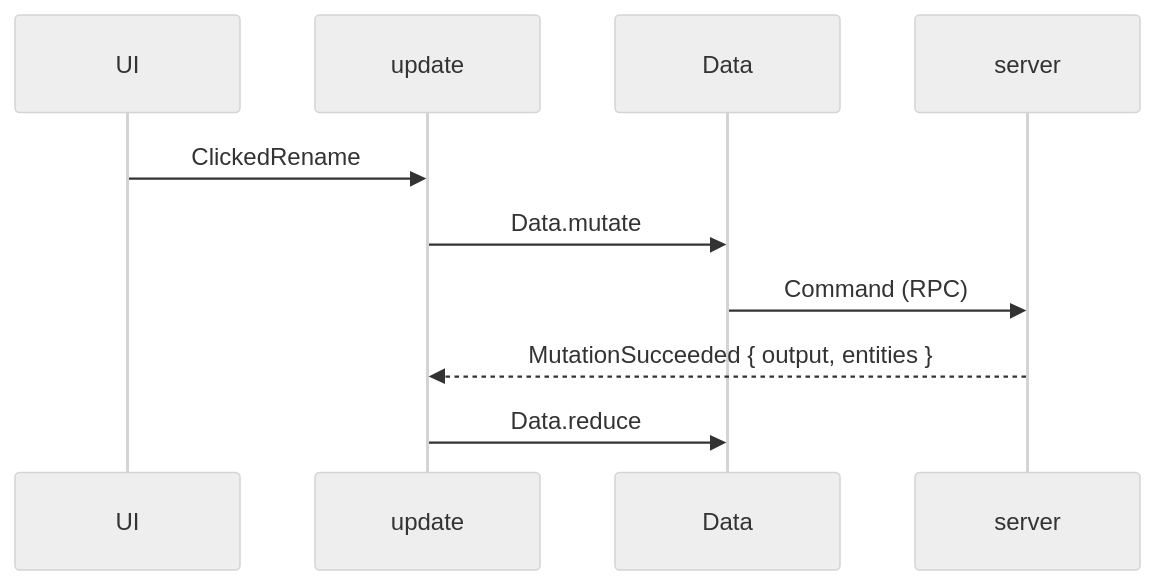
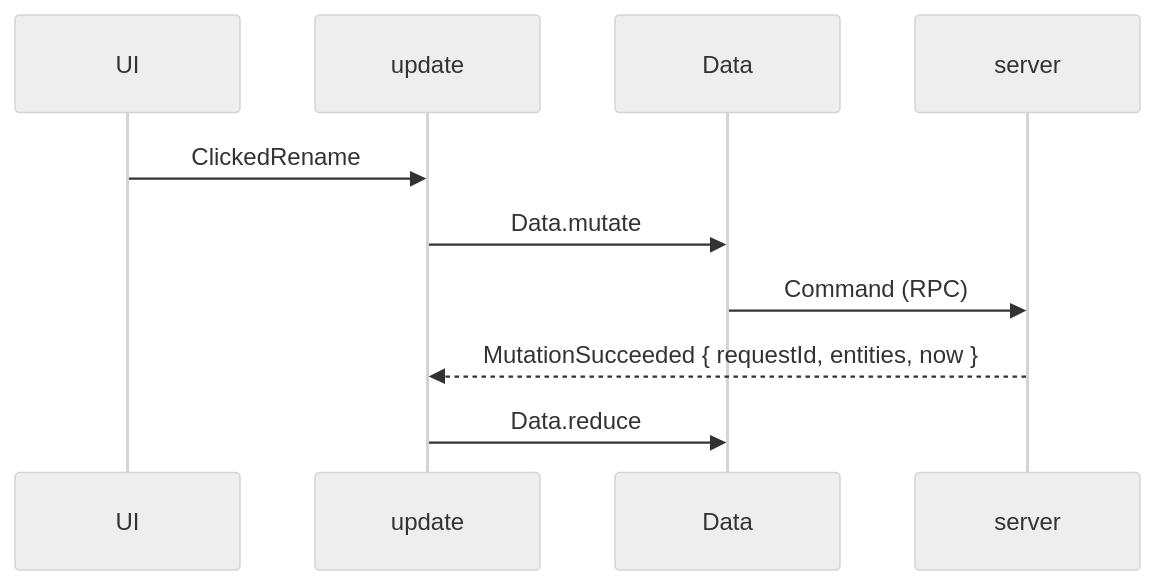
One commit to doeixd/foldkit-plus changed the second of 2 diagrams in docs/remote.md. Above: the diagram before and after it, drawn with Mermaid (neutral theme). The commit also changed other lines of this file and 8 other files, not shown here.

````diff
--- a/docs/remote.md
+++ b/docs/remote.md
@@ -198,12 +198,12 @@
 ```mermaid
 sequenceDiagram
   participant UI
   participant update
   participant Data
   participant Server as server
   UI->>update: ClickedRename
   update->>Data: Data.mutate
   Data->>Server: Command (RPC)
-  Server-->>update: MutationSucceeded { output, entities }
+  Server-->>update: MutationSucceeded { requestId, entities, now }
   update->>Data: Data.reduce
 ```
````
